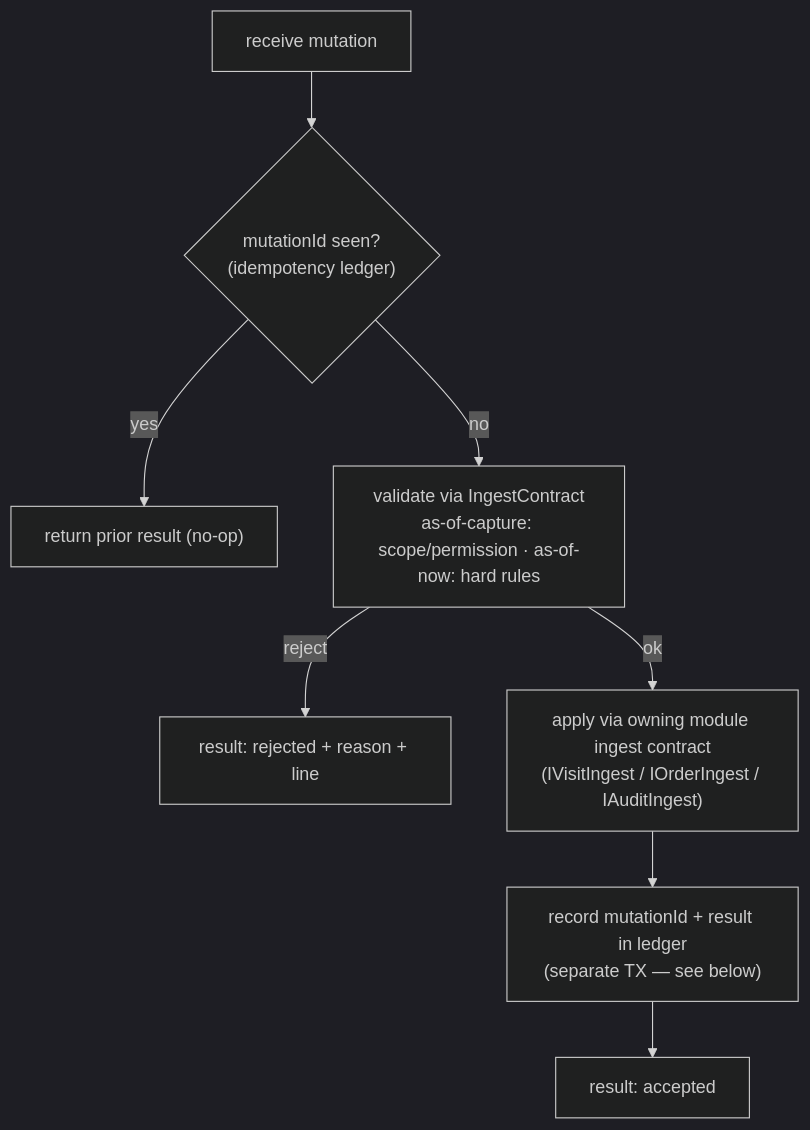
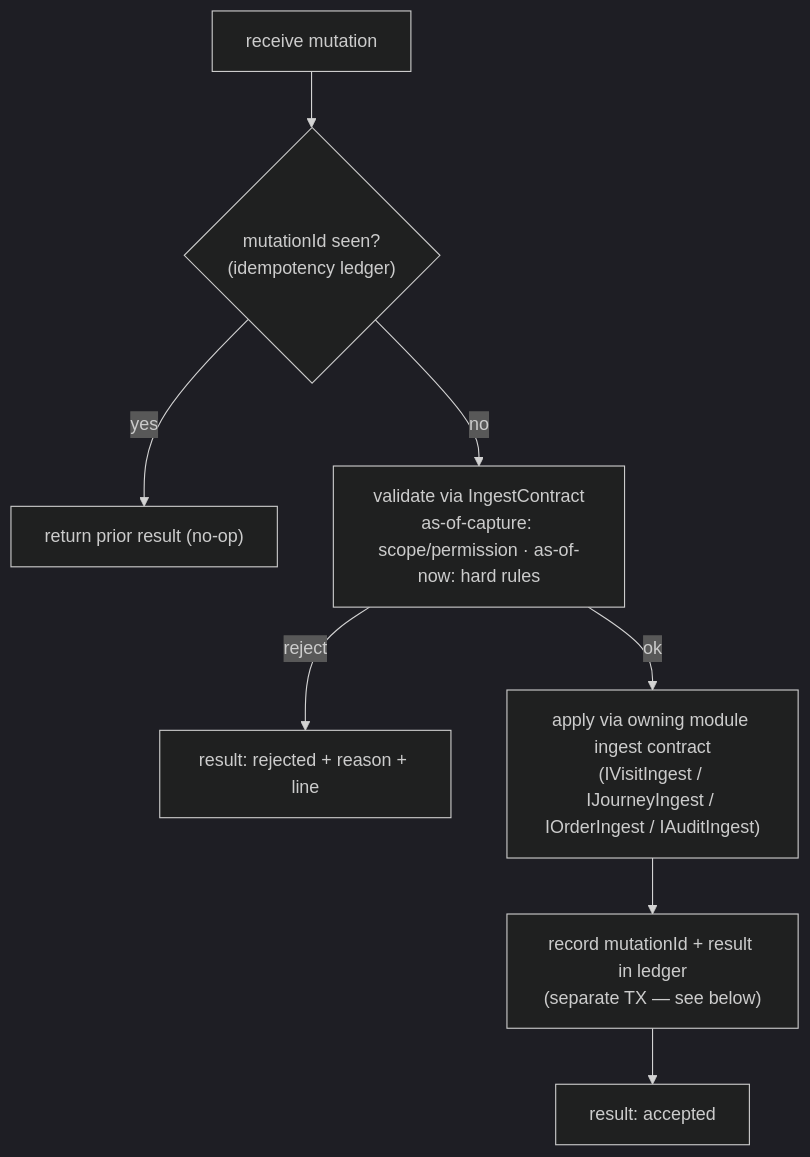
The second of 3 diagrams in docs/architecture/12-offline-sync-engine.md (Tibirot/FieldKit), drawn with Mermaid (dark theme) before and after one commit. The commit also changed other lines of this file and 19 other files, not shown here.

````diff
--- a/docs/architecture/12-offline-sync-engine.md
+++ b/docs/architecture/12-offline-sync-engine.md
@@ -386,10 +394,10 @@
 ```mermaid
 flowchart TB
   a["receive mutation"] --> b{"mutationId seen?<br/>(idempotency ledger)"}
   b -- yes --> r1["return prior result (no-op)"]
   b -- no --> c["validate via IngestContract<br/>as-of-capture: scope/permission · as-of-now: hard rules"]
   c -- reject --> r2["result: rejected + reason + line"]
-  c -- ok --> d["apply via owning module ingest contract<br/>(IVisitIngest / IOrderIngest / IAuditIngest)"]
+  c -- ok --> d["apply via owning module ingest contract<br/>(IVisitIngest / IJourneyIngest / IOrderIngest / IAuditIngest)"]
   d --> e["record mutationId + result in ledger<br/>(separate TX — see below)"]
   e --> r3["result: accepted"]
 ```
````
